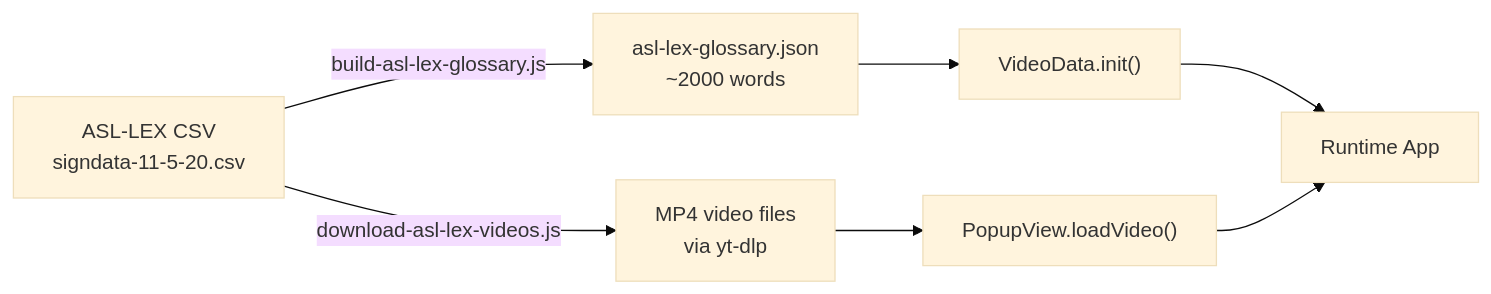
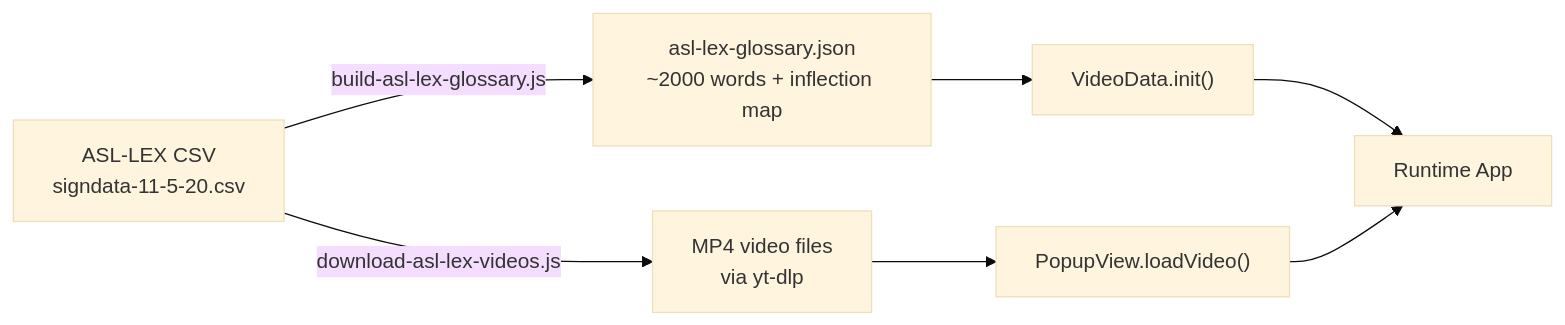
The sixth of 6 diagrams in ARCHITECTURE.md (WeyehnR/ASL-DEMO), drawn with Mermaid (base theme) before and after one commit. The commit also changed other lines of this file and 11 other files, not shown here.

````diff
--- a/ARCHITECTURE.md
+++ b/ARCHITECTURE.md
@@ -181,9 +183,9 @@
 ```mermaid
 flowchart LR
-    A["ASL-LEX CSV<br/>signdata-11-5-20.csv"] -->|build-asl-lex-glossary.js| B["asl-lex-glossary.json<br/>~2000 words"]
+    A["ASL-LEX CSV<br/>signdata-11-5-20.csv"] -->|build-asl-lex-glossary.js| B["asl-lex-glossary.json<br/>~2000 words + inflection map"]
     A -->|download-asl-lex-videos.js| C["MP4 video files<br/>via yt-dlp"]
     B --> D["VideoData.init()"]
     C --> E["PopupView.loadVideo()"]
     D --> F["Runtime App"]
     E --> F
 ```
````
